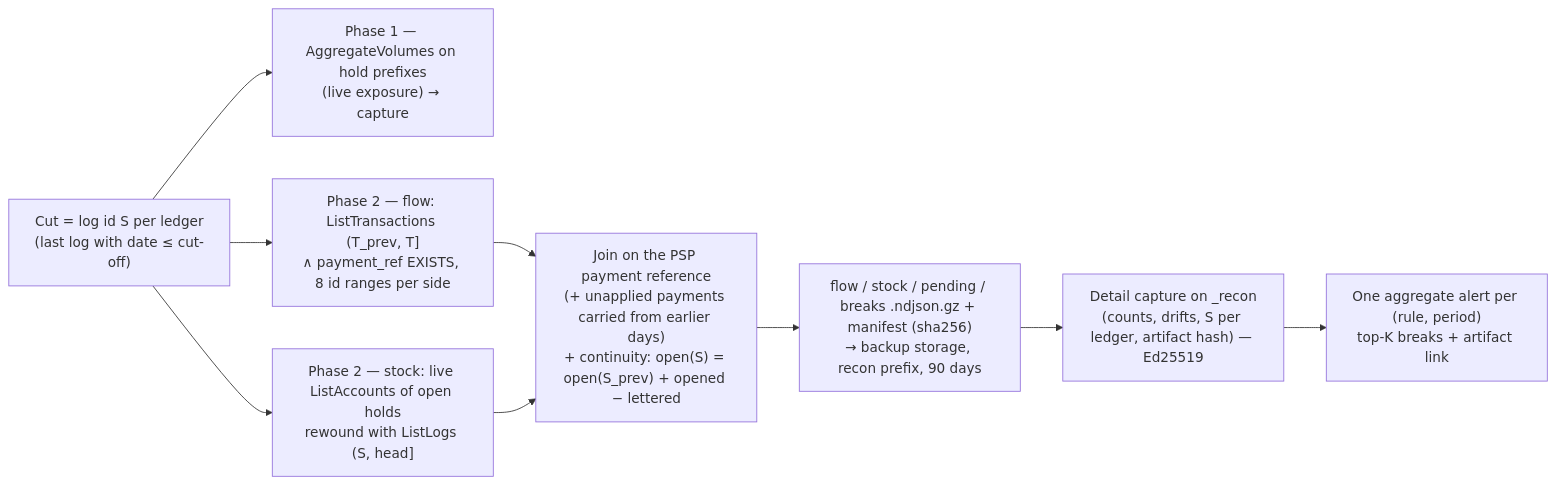
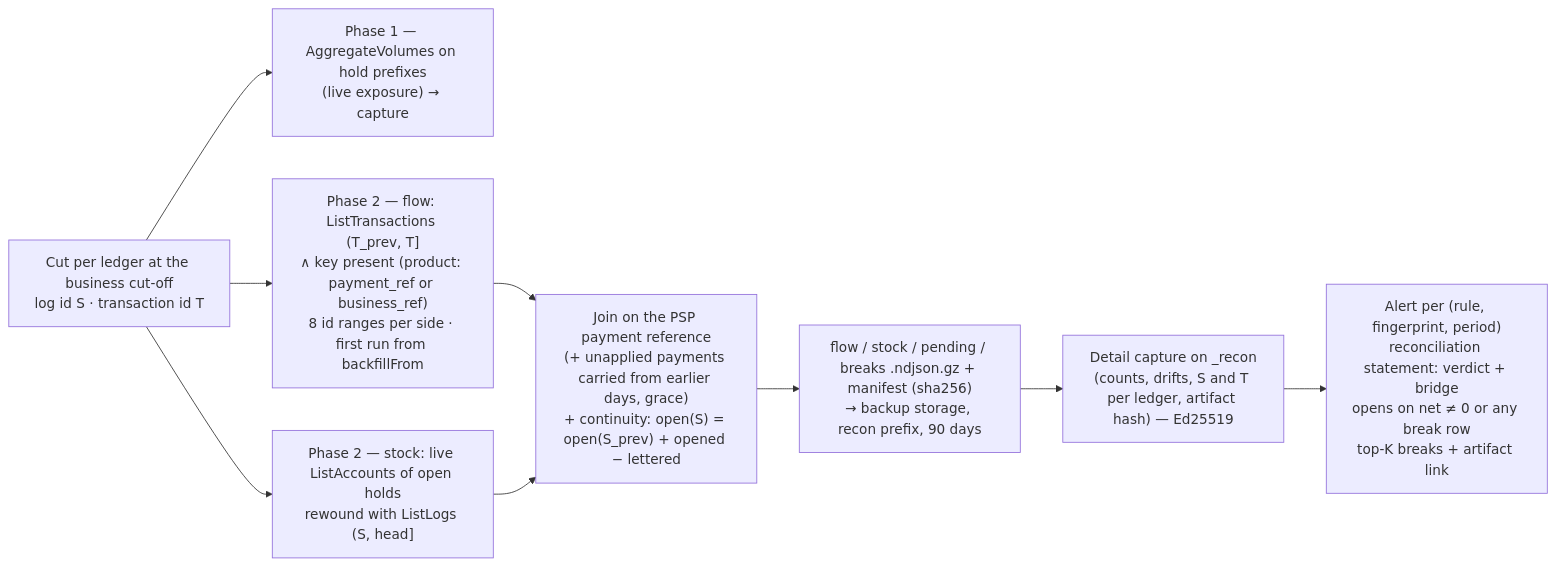
One commit to formancehq/reconciliation changed the ninth of 9 diagrams in docs/technical/workflows.md. Above: the diagram before and after it, drawn with Mermaid. The commit also changed 5 other files, not shown here.

````diff
--- a/docs/technical/workflows.md
+++ b/docs/technical/workflows.md
@@ -326,11 +326,11 @@
 ```mermaid
 flowchart LR
-    Cut["Cut = log id S per ledger<br/>(last log with date ≤ cut-off)"] --> Agg["Phase 1 — AggregateVolumes on hold prefixes<br/>(live exposure) → capture"]
-    Cut --> Flow["Phase 2 — flow: ListTransactions (T_prev, T]<br/>∧ payment_ref EXISTS, 8 id ranges per side"]
+    Cut["Cut per ledger at the business cut-off<br/>log id S · transaction id T"] --> Agg["Phase 1 — AggregateVolumes on hold prefixes<br/>(live exposure) → capture"]
+    Cut --> Flow["Phase 2 — flow: ListTransactions (T_prev, T]<br/>∧ key present (product: payment_ref or business_ref)<br/>8 id ranges per side · first run from backfillFrom"]
     Cut --> Stock["Phase 2 — stock: live ListAccounts of open holds<br/>rewound with ListLogs (S, head]"]
-    Flow --> Join["Join on the PSP payment reference<br/>(+ unapplied payments carried from earlier days)<br/>+ continuity: open(S) = open(S_prev) + opened − lettered"]
+    Flow --> Join["Join on the PSP payment reference<br/>(+ unapplied payments carried from earlier days, grace)<br/>+ continuity: open(S) = open(S_prev) + opened − lettered"]
     Stock --> Join
     Join --> Art["flow / stock / pending / breaks .ndjson.gz + manifest (sha256)<br/>→ backup storage, recon prefix, 90 days"]
-    Art --> Cap["Detail capture on _recon<br/>(counts, drifts, S per ledger, artifact hash) — Ed25519"]
-    Cap --> Alert["One aggregate alert per (rule, period)<br/>top-K breaks + artifact link"]
+    Art --> Cap["Detail capture on _recon<br/>(counts, drifts, S and T per ledger, artifact hash) — Ed25519"]
+    Cap --> Alert["Alert per (rule, fingerprint, period)<br/>reconciliation statement: verdict + bridge<br/>opens on net ≠ 0 or any break row<br/>top-K breaks + artifact link"]
 ```
````
